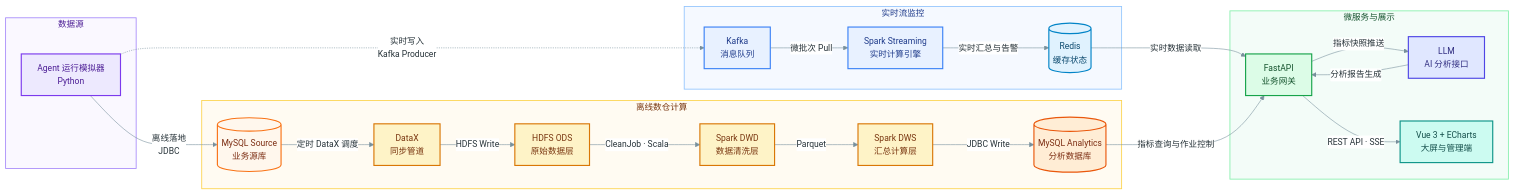
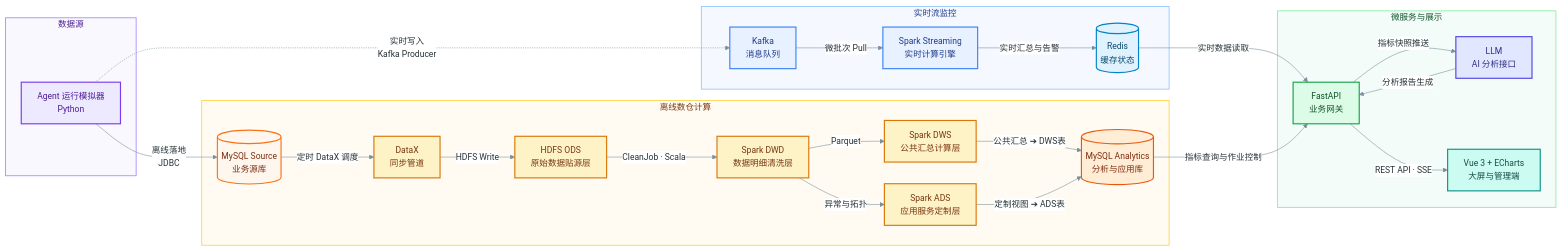
The diagram in README.md (panhh0804/AgentScope), drawn with Mermaid before and after one commit. The commit also changed other lines of this file, not shown here.

```diff
--- a/README.md
+++ b/README.md
@@ -63,10 +63,11 @@
     subgraph BatchPipeline["离线数仓计算"]
         MySQL_Src[("MySQL Source<br/>业务源库")]:::sourceDb
         DataX["DataX<br/>同步管道"]:::batch
-        HDFS_Raw["HDFS ODS<br/>原始数据层"]:::batch
-        SparkClean["Spark DWD<br/>数据清洗层"]:::batch
-        SparkBatch["Spark DWS<br/>汇总计算层"]:::batch
-        MySQL_Ana[("MySQL Analytics<br/>分析数据库")]:::analyticsDb
+        HDFS_Raw["HDFS ODS<br/>原始数据贴源层"]:::batch
+        SparkClean["Spark DWD<br/>数据明细清洗层"]:::batch
+        SparkBatch["Spark DWS<br/>公共汇总计算层"]:::batch
+        SparkADS["Spark ADS<br/>应用服务定制层"]:::batch
+        MySQL_Ana[("MySQL Analytics<br/>分析与应用库")]:::analyticsDb
     end
 
     subgraph Serving["微服务与展示"]
@@ -88,7 +89,9 @@
     DataX -->|"HDFS Write"| HDFS_Raw
     HDFS_Raw -->|"CleanJob · Scala"| SparkClean
     SparkClean -->|"Parquet"| SparkBatch
-    SparkBatch -->|"JDBC Write"| MySQL_Ana
+    SparkClean -->|"异常与拓扑"| SparkADS
+    SparkBatch -->|"公共汇总 ➔ DWS表"| MySQL_Ana
+    SparkADS -->|"定制视图 ➔ ADS表"| MySQL_Ana
 
     %% 服务与展示
     Redis -->|"实时数据读取"| FastAPI
```
